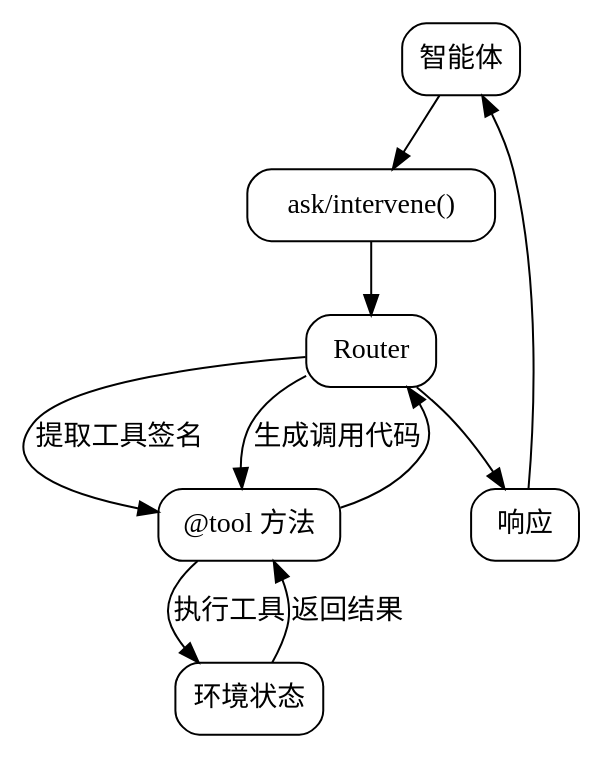
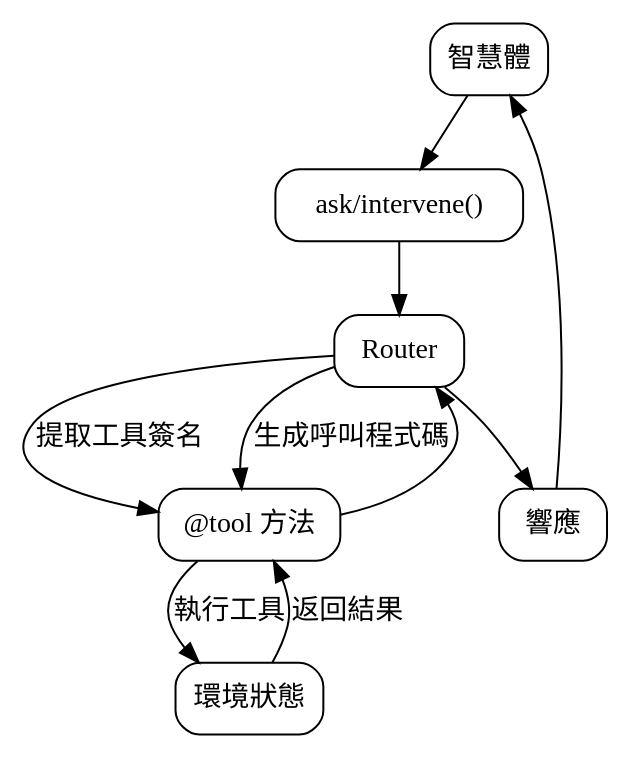
The fourth of 4 diagrams in agentsociety/packages/agentsociety2/docs/concepts.rst (HandsomeGod0516/HellowGodWorld), drawn with Graphviz before and after one commit. The commit also changed other lines of this file and 654 other files, not shown here.

```diff
--- a/agentsociety/packages/agentsociety2/docs/concepts.rst
+++ b/agentsociety/packages/agentsociety2/docs/concepts.rst
@@ -233,23 +233,23 @@
 .. graphviz::
 
    digraph interaction_flow {
        rankdir=TB;
        node [shape=box, style=rounded];
 
-       Agent [label="智能体"];
+       Agent [label="智慧體"];
        Ask [label="ask/intervene()"];
        Router [label="Router"];
        Tools [label="@tool 方法"];
-       Env [label="环境状态"];
-       Response [label="响应"];
+       Env [label="環境狀態"];
+       Response [label="響應"];
 
        Agent -> Ask;
        Ask -> Router;
-       Router -> Tools [label="提取工具签名"];
-       Router -> Tools [label="生成调用代码"];
-       Tools -> Env [label="执行工具"];
-       Env -> Tools [label="返回结果"];
+       Router -> Tools [label="提取工具簽名"];
+       Router -> Tools [label="生成呼叫程式碼"];
+       Tools -> Env [label="執行工具"];
+       Env -> Tools [label="返回結果"];
        Tools -> Router;
        Router -> Response;
        Response -> Agent;
    }
```
